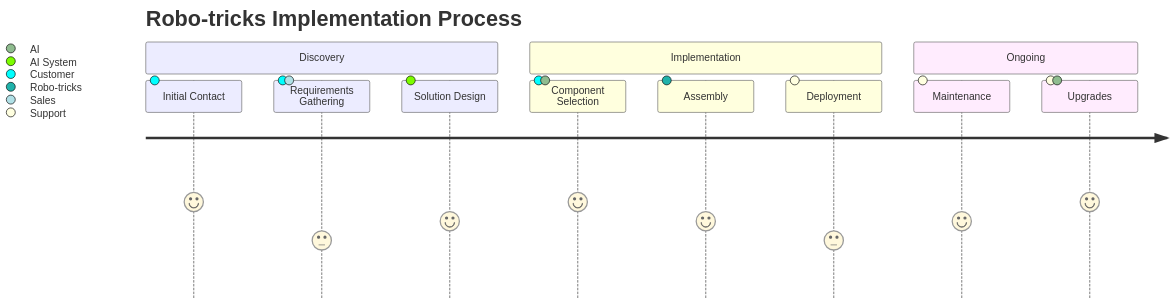
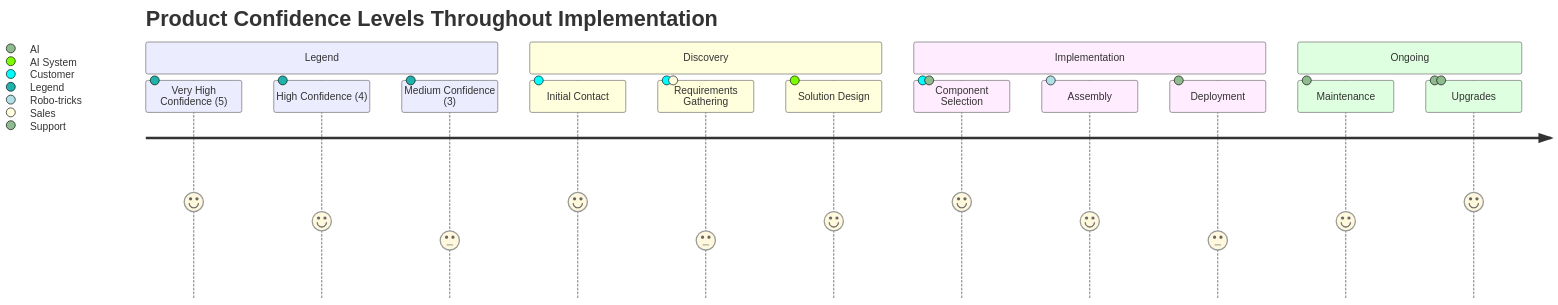
The fourth of 6 diagrams in Pitch/presentation.md (CatsMeow492/Sepulki), drawn with Mermaid before and after one commit.

Commit message:
confidence

````diff
--- a/Pitch/presentation.md
+++ b/Pitch/presentation.md
@@ -131,15 +131,19 @@
 ```mermaid
 journey
-    title Robo-tricks Implementation Process
+    title Product Confidence Levels Throughout Implementation
+    section Legend
+      Very High Confidence (5): 5: Legend
+      High Confidence (4): 4: Legend
+      Medium Confidence (3): 3: Legend
     section Discovery
       Initial Contact: 5: Customer
       Requirements Gathering: 3: Customer, Sales
       Solution Design: 4: AI System
     section Implementation
       Component Selection: 5: Customer, AI
       Assembly: 4: Robo-tricks
       Deployment: 3: Support
     section Ongoing
       Maintenance: 4: Support
       Upgrades: 5: Support, AI
 ```
````
